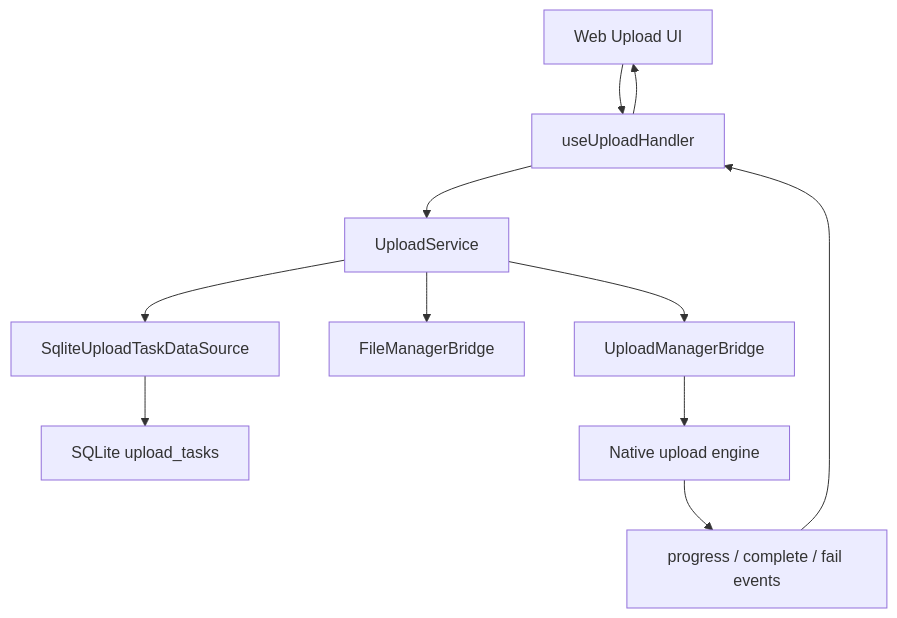
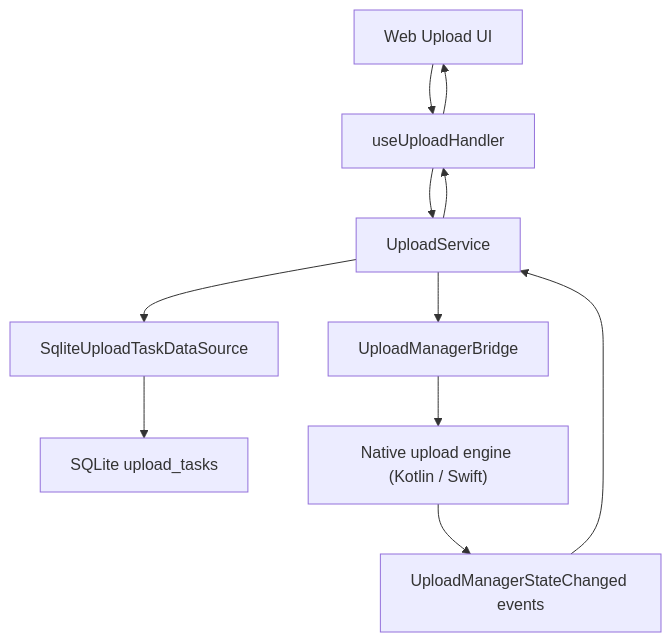
The first of 3 diagrams in apps/mobile/docs/upload.md (lemoncloud-io/dou-app), drawn with Mermaid before and after one commit. The commit also changed other lines of this file, not shown here.

First line of the commit message:
docs(mobile): rewrite the upload doc in english

````diff
--- a/apps/mobile/docs/upload.md
+++ b/apps/mobile/docs/upload.md
@@ -20,13 +21,11 @@
 ```mermaid
 flowchart TD
     Web["Web Upload UI"] --> Handler["useUploadHandler"]
     Handler --> Service["UploadService"]
     Service --> Repo["SqliteUploadTaskDataSource"]
     Repo --> SQLite["SQLite upload_tasks"]
-    Service --> FileBridge["FileManagerBridge"]
     Service --> UploadBridge["UploadManagerBridge"]
-    UploadBridge --> NativeUpload["Native upload engine"]
-    NativeUpload --> Progress["progress / complete / fail events"]
-    Progress --> Handler
-    Handler --> Web
+    UploadBridge --> NativeUpload["Native upload engine (Kotlin / Swift)"]
+    NativeUpload --> Progress["UploadManagerStateChanged events"]
+    Progress --> Service --> Handler --> Web
 ```
````
